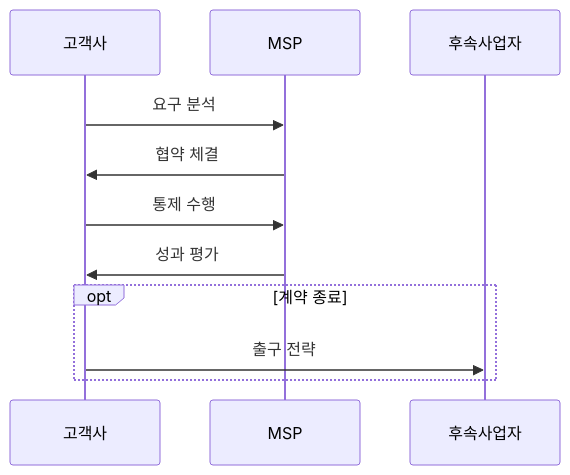
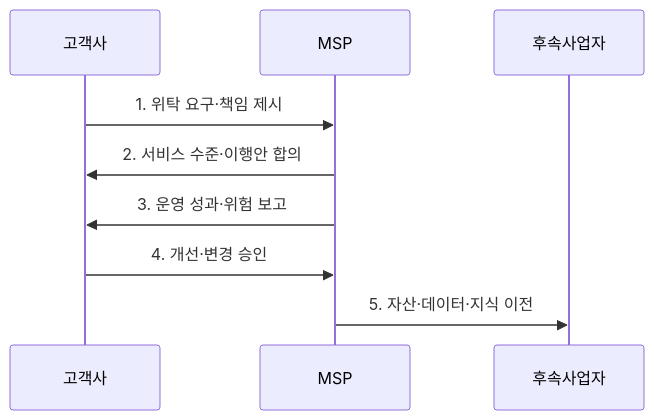
Before and after one commit to agnusdei1207/knowledge-base: the second of 2 diagrams in src/content/docs/notes/07-law-policy/014_it_outsourcing_msp.md, drawn with Mermaid. The commit also changed other lines of this file and 9 other files, not shown here.

````diff
--- a/src/content/docs/notes/07-law-policy/014_it_outsourcing_msp.md
+++ b/src/content/docs/notes/07-law-policy/014_it_outsourcing_msp.md
@@ -62,13 +74,11 @@
 ```mermaid
 sequenceDiagram
     participant C as 고객사
     participant M as MSP
     participant N as 후속사업자
-    C->>M: 요구 분석
-    M->>C: 협약 체결
-    C->>M: 통제 수행
-    M->>C: 성과 평가
-    opt 계약 종료
-        C->>N: 출구 전략
-    end
+    C->>M: 1. 위탁 요구·책임 제시
+    M->>C: 2. 서비스 수준·이행안 합의
+    M->>C: 3. 운영 성과·위험 보고
+    C->>M: 4. 개선·변경 승인
+    M->>N: 5. 자산·데이터·지식 이전
 ```
````
